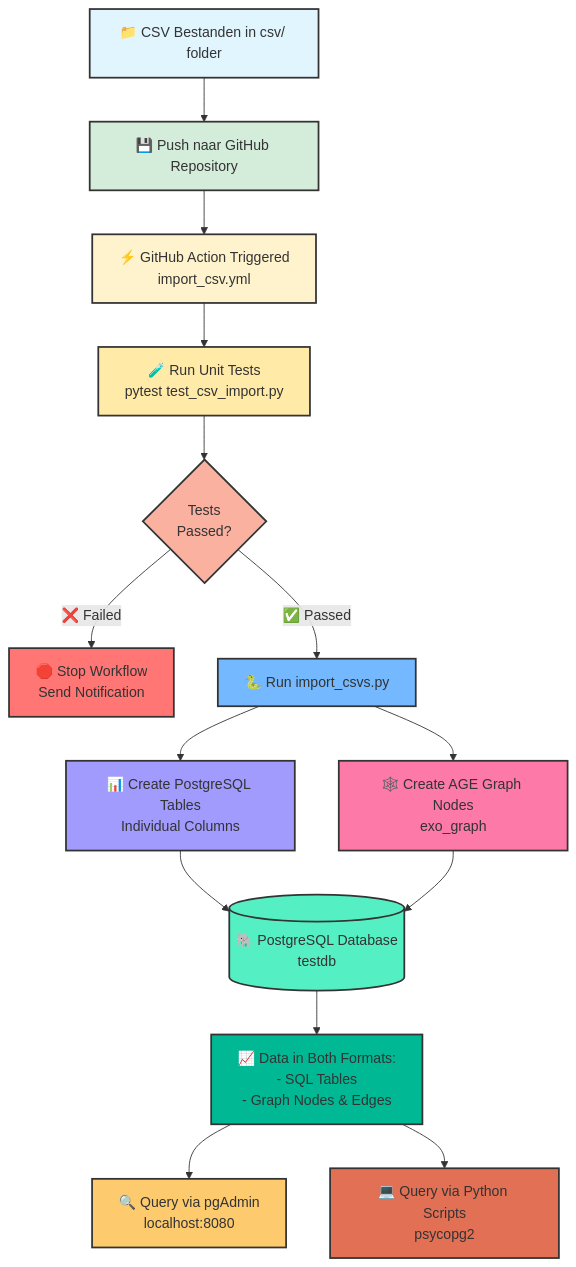
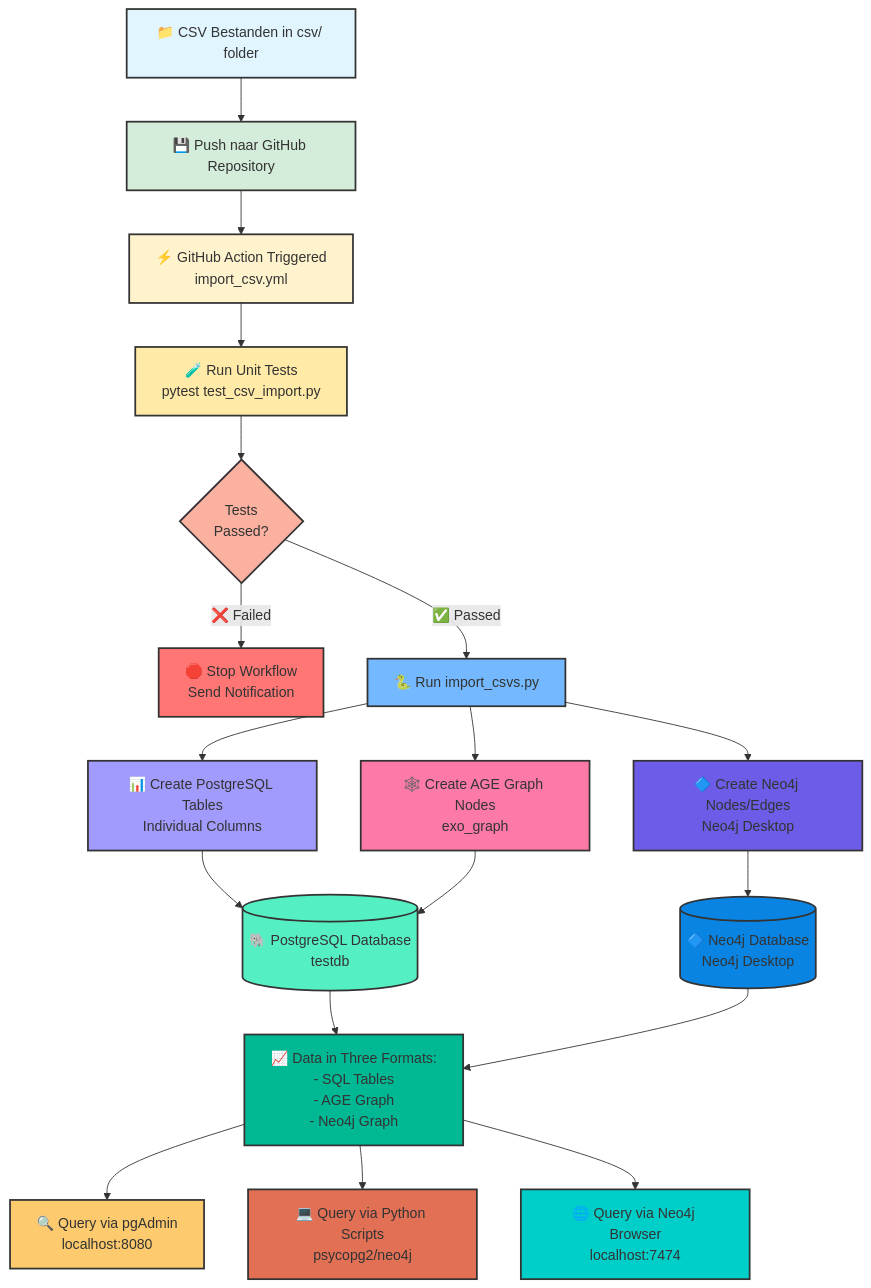
Before and after one commit to JaroWagener/test_cicd_mobilab: the first of 7 diagrams in SETUP.md, drawn with Mermaid. The commit also changed other lines of this file, not shown here.

````diff
--- a/SETUP.md
+++ b/SETUP.md
@@ -781,30 +781,37 @@
 ```mermaid
 graph TD
     A[📁 CSV Bestanden in csv/ folder] --> B[💾 Push naar GitHub Repository]
     B --> C[⚡ GitHub Action Triggered<br/>import_csv.yml]
     C --> D[🧪 Run Unit Tests<br/>pytest test_csv_import.py]
     D --> E{Tests<br/>Passed?}
     E -->|❌ Failed| F[🛑 Stop Workflow<br/>Send Notification]
     E -->|✅ Passed| G[🐍 Run import_csvs.py]
     G --> H[📊 Create PostgreSQL Tables<br/>Individual Columns]
     G --> I[🕸️ Create AGE Graph Nodes<br/>exo_graph]
+    G --> N[🔷 Create Neo4j Nodes/Edges<br/>Neo4j Desktop]
     H --> J[(🐘 PostgreSQL Database<br/>testdb)]
     I --> J
-    J --> K[📈 Data in Both Formats:<br/>- SQL Tables<br/>- Graph Nodes & Edges]
+    N --> O[(🔷 Neo4j Database<br/>Neo4j Desktop)]
+    J --> K[📈 Data in Three Formats:<br/>- SQL Tables<br/>- AGE Graph<br/>- Neo4j Graph]
+    O --> K
     K --> L[🔍 Query via pgAdmin<br/>localhost:8080]
-    K --> M[💻 Query via Python Scripts<br/>psycopg2]
+    K --> M[💻 Query via Python Scripts<br/>psycopg2/neo4j]
+    K --> P[🌐 Query via Neo4j Browser<br/>localhost:7474]
     
     style A fill:#e1f5ff,stroke:#333,stroke-width:2px
     style B fill:#d4edda,stroke:#333,stroke-width:2px
     style C fill:#fff3cd,stroke:#333,stroke-width:2px
     style D fill:#ffeaa7,stroke:#333,stroke-width:2px
     style E fill:#fab1a0,stroke:#333,stroke-width:2px
     style F fill:#ff7675,stroke:#333,stroke-width:2px
     style G fill:#74b9ff,stroke:#333,stroke-width:2px
     style H fill:#a29bfe,stroke:#333,stroke-width:2px
     style I fill:#fd79a8,stroke:#333,stroke-width:2px
+    style N fill:#6c5ce7,stroke:#333,stroke-width:2px
     style J fill:#55efc4,stroke:#333,stroke-width:2px
+    style O fill:#0984e3,stroke:#333,stroke-width:2px
     style K fill:#00b894,stroke:#333,stroke-width:2px
     style L fill:#fdcb6e,stroke:#333,stroke-width:2px
     style M fill:#e17055,stroke:#333,stroke-width:2px
+    style P fill:#00cec9,stroke:#333,stroke-width:2px
 ```
````
